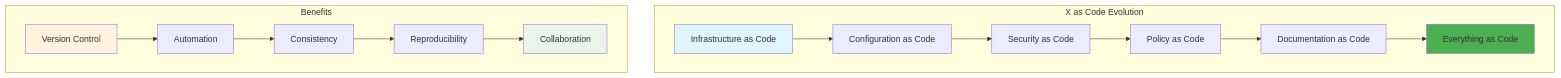
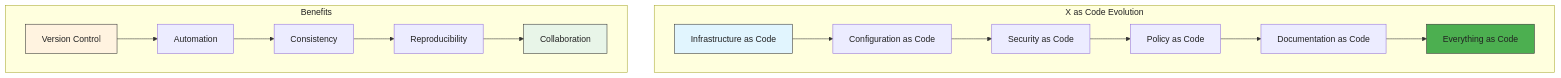
One commit to svenkatrav0408/ArgoCD-config changed the first of 8 diagrams in GitOps_document.md. Above: the diagram before and after it, drawn with Mermaid. The commit also changed other lines of this file, not shown here.

````diff
--- a/GitOps_document.md
+++ b/GitOps_document.md
@@ -33,22 +33,23 @@
 ```mermaid
+%%{init: {'theme':'default', 'themeVariables': { 'background': '#ffffff', 'primaryColor': '#e8f5e8', 'edgeLabelBackground':'#fff', 'textColor':'#222'}} }%%
 graph TB
     subgraph "X as Code Evolution"
         A[Infrastructure as Code] --> B[Configuration as Code]
         B --> C[Security as Code]
         C --> D[Policy as Code]
         D --> E[Documentation as Code]
         E --> F[Everything as Code]
     end
-    
+
     subgraph "Benefits"
         G[Version Control] --> H[Automation]
         H --> I[Consistency]
         I --> J[Reproducibility]
         J --> K[Collaboration]
     end
-    
-    style A fill:#e1f5fe
-    style F fill:#4caf50
-    style G fill:#fff3e0
-    style K fill:#e8f5e8
+
+    style A fill:#e1f5fe,stroke:#333,stroke-width:1px
+    style F fill:#4caf50,stroke:#333,stroke-width:1px
+    style G fill:#fff3e0,stroke:#333,stroke-width:1px
+    style K fill:#e8f5e8,stroke:#333,stroke-width:1px
 ```
````
